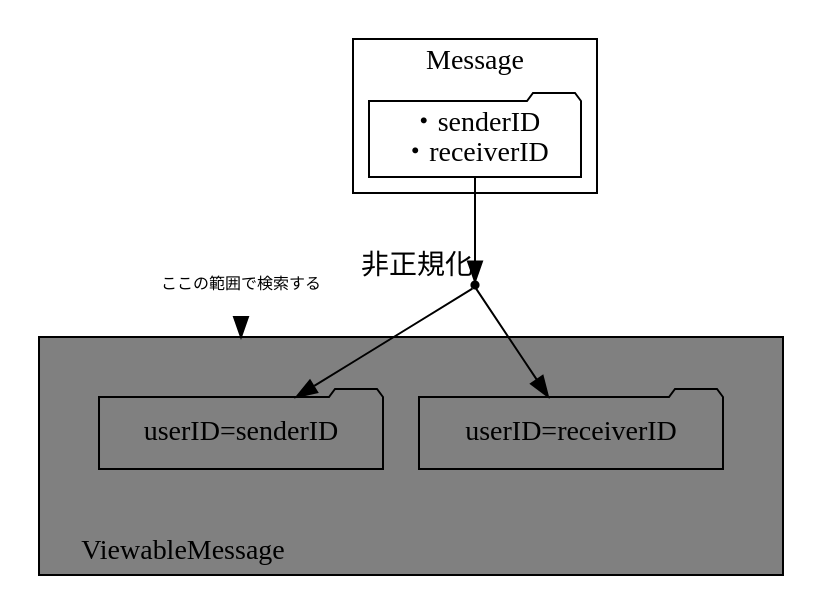
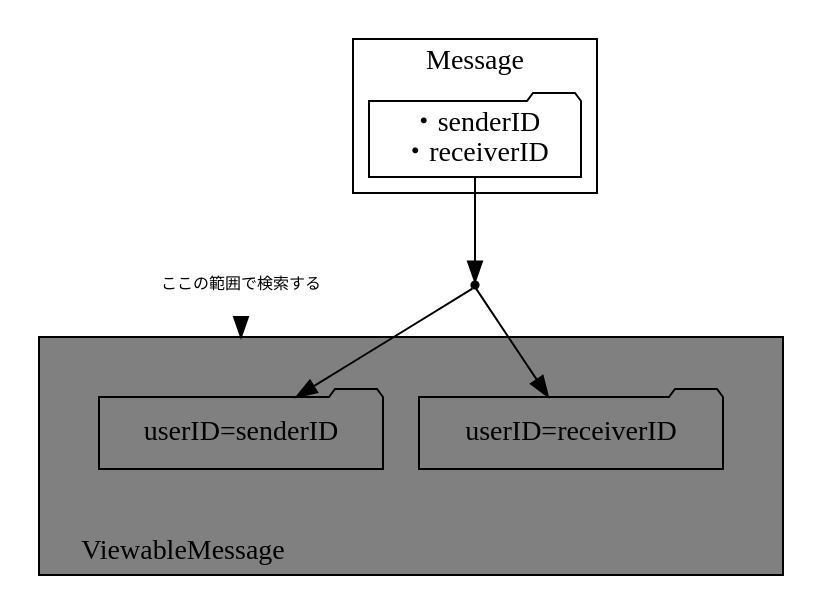
Before and after one commit to snamiki1212/myblog: the first of 2 diagrams in contents/2019-09-04_0000_summary-alt-plan-insted-of-orwhere-about-firestore/index.md, drawn with Graphviz. The commit also changed other lines of this file, not shown here.

````diff
--- a/contents/2019-09-04_0000_summary-alt-plan-insted-of-orwhere-about-firestore/index.md
+++ b/contents/2019-09-04_0000_summary-alt-plan-insted-of-orwhere-about-firestore/index.md
@@ -138,30 +136,30 @@
 ```dot
 digraph G{
     compound=true
 
     node [shape=folder]
     comment [label="ここの範囲で検索する", shape=none, fontsize=8]
     text [shape=point, fontsize=8]
 
     subgraph cluster_M {
         label="Message"
         M1 [label="・senderID\n・receiverID"]
     }
     subgraph cluster_VM {
         label="ViewableMessage";
         labelloc="b"
         labeljust="l"
         labelfloat="false"
         bgcolor="gray";
         margin=30
 
         VM1 [label="userID=senderID"]
         VM2 [label="userID=receiverID"]
     }
-    M1->text [headlabel="非正規化"]
+    M1->text
     text->VM1
     text->VM2
 
     comment -> VM1 [lhead=cluster_VM]
 }
 ```
````
